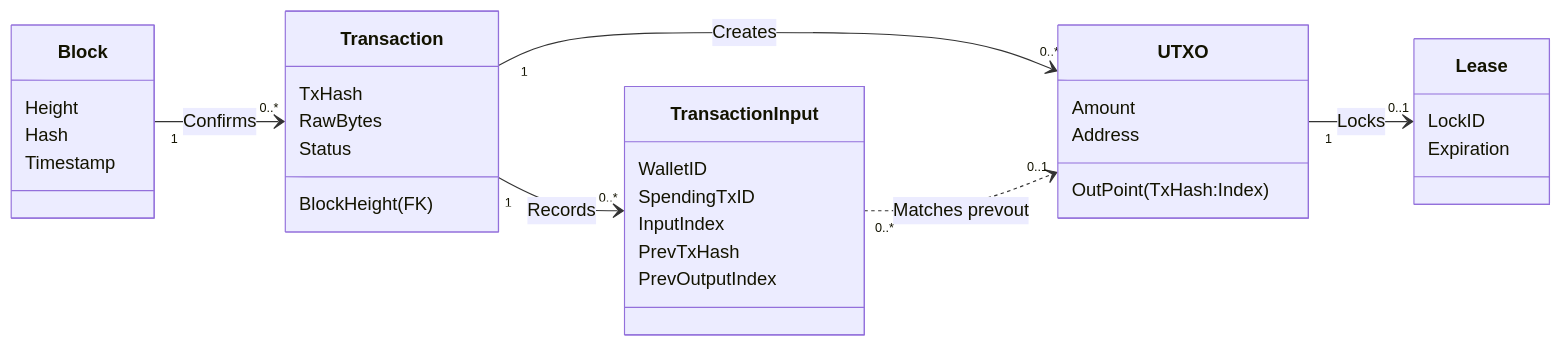
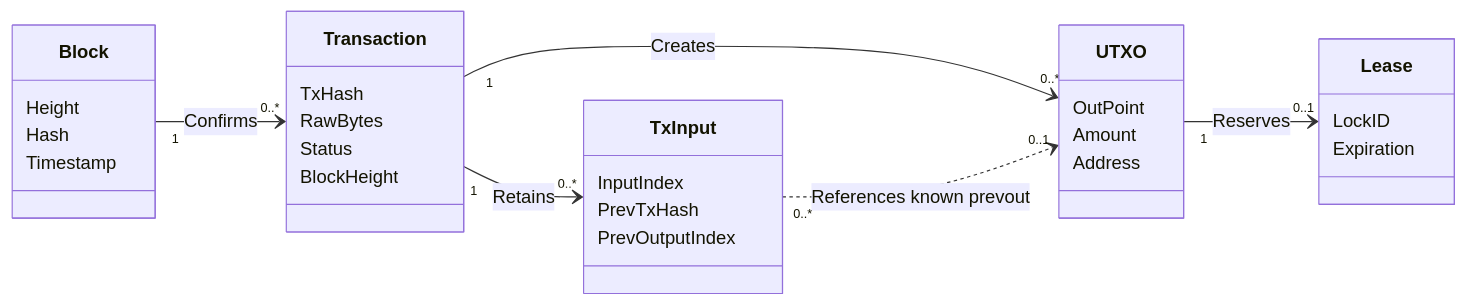
The first of 6 diagrams in docs/developer/utxo_data_model.md (btcsuite/btcwallet), drawn with Mermaid before and after one commit. The commit also changed other lines of this file and 1 other file, not shown here.

First line of the commit message:
docs: explain SQL credit visibility

````diff
--- a/docs/developer/utxo_data_model.md
+++ b/docs/developer/utxo_data_model.md
@@ -44,44 +38,35 @@
 ```mermaid
 classDiagram
-    %% Retain every input claimant independently of owned credits.
-    %% The dotted prevout match is optional lookup, not a parent-credit FK.
     direction LR
-
+    %% Retained inputs permit competing claims and references to unknown credits.
     class Block {
         Height
         Hash
         Timestamp
     }
-
     class Transaction {
         TxHash
         RawBytes
         Status
-        BlockHeight (FK)
+        BlockHeight
     }
-
-    class TransactionInput {
-        WalletID
-        SpendingTxID
+    class TxInput {
         InputIndex
         PrevTxHash
         PrevOutputIndex
     }
-
     class UTXO {
-        OutPoint (TxHash:Index)
+        OutPoint
         Amount
         Address
     }
-
     class Lease {
         LockID
         Expiration
     }
-
     Block "1" --> "0..*" Transaction : Confirms
     Transaction "1" --> "0..*" UTXO : Creates
-    Transaction "1" --> "0..*" TransactionInput : Records
-    TransactionInput "0..*" ..> "0..1" UTXO : Matches prevout
-    UTXO "1" --> "0..1" Lease : Locks
+    Transaction "1" --> "0..*" TxInput : Retains
+    TxInput "0..*" ..> "0..1" UTXO : References known prevout
+    UTXO "1" --> "0..1" Lease : Reserves
 ```
````
